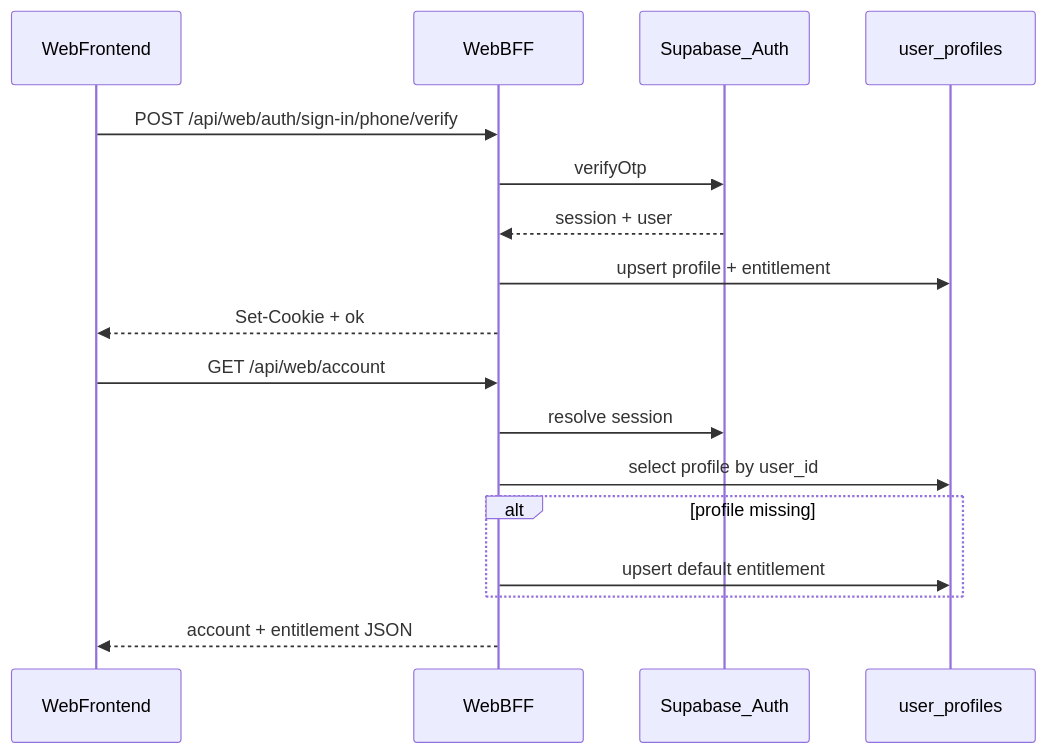
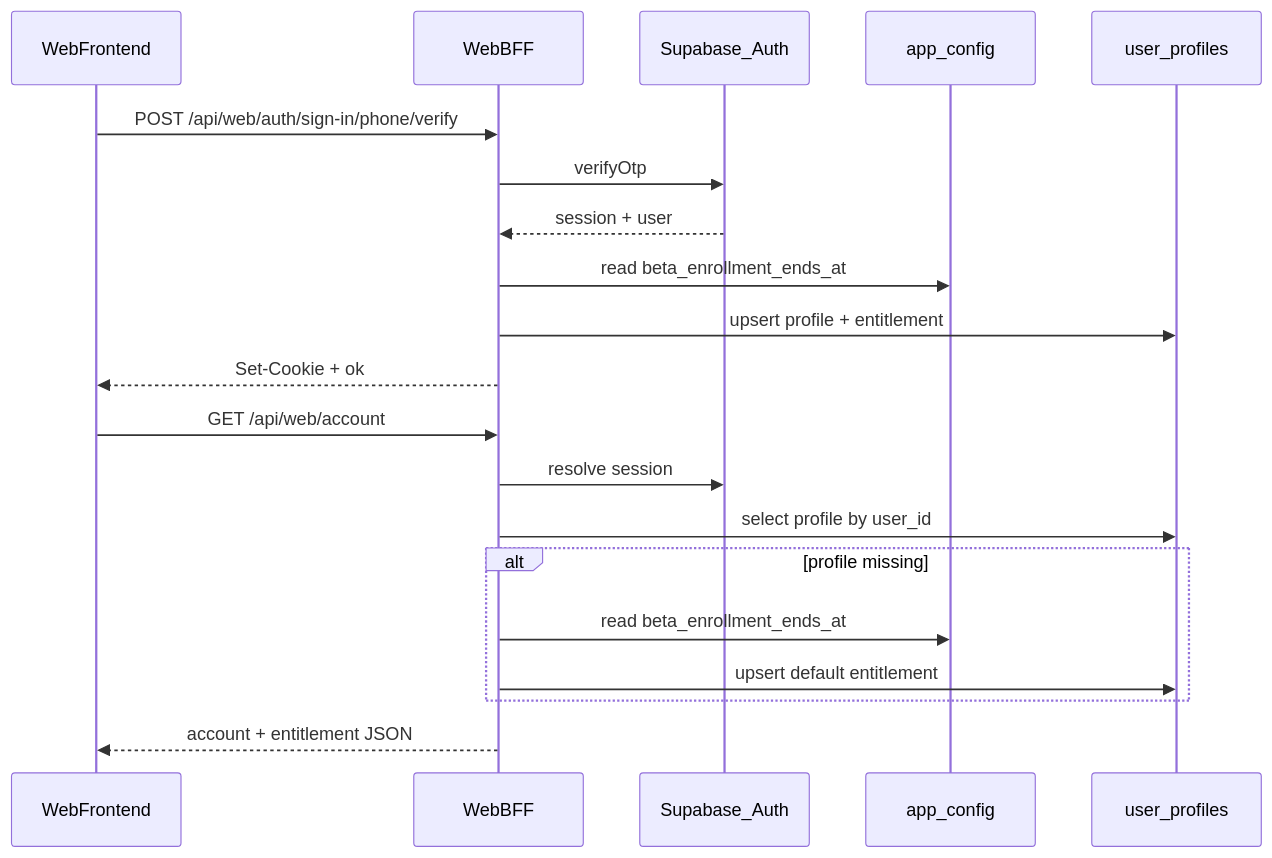
Before and after one commit to 0x00pluto/zhiying-media-assistant-web: the second of 3 diagrams in specs/features/feat-00001-web-account-center-beta-entitlement.md, drawn with Mermaid. The commit also changed other lines of this file and 37 other files, not shown here.

````diff
--- a/specs/features/feat-00001-web-account-center-beta-entitlement.md
+++ b/specs/features/feat-00001-web-account-center-beta-entitlement.md
@@ -112,21 +115,24 @@
 ```mermaid
 sequenceDiagram
   participant Web as WebFrontend
   participant BFF as WebBFF
   participant Auth as Supabase_Auth
+  participant Config as app_config
   participant DB as user_profiles
 
   Web->>BFF: POST /api/web/auth/sign-in/phone/verify
   BFF->>Auth: verifyOtp
   Auth-->>BFF: session + user
+  BFF->>Config: read beta_enrollment_ends_at
   BFF->>DB: upsert profile + entitlement
   BFF-->>Web: Set-Cookie + ok
 
   Web->>BFF: GET /api/web/account
   BFF->>Auth: resolve session
   BFF->>DB: select profile by user_id
   alt profile missing
+    BFF->>Config: read beta_enrollment_ends_at
     BFF->>DB: upsert default entitlement
   end
   BFF-->>Web: account + entitlement JSON
 ```
````
